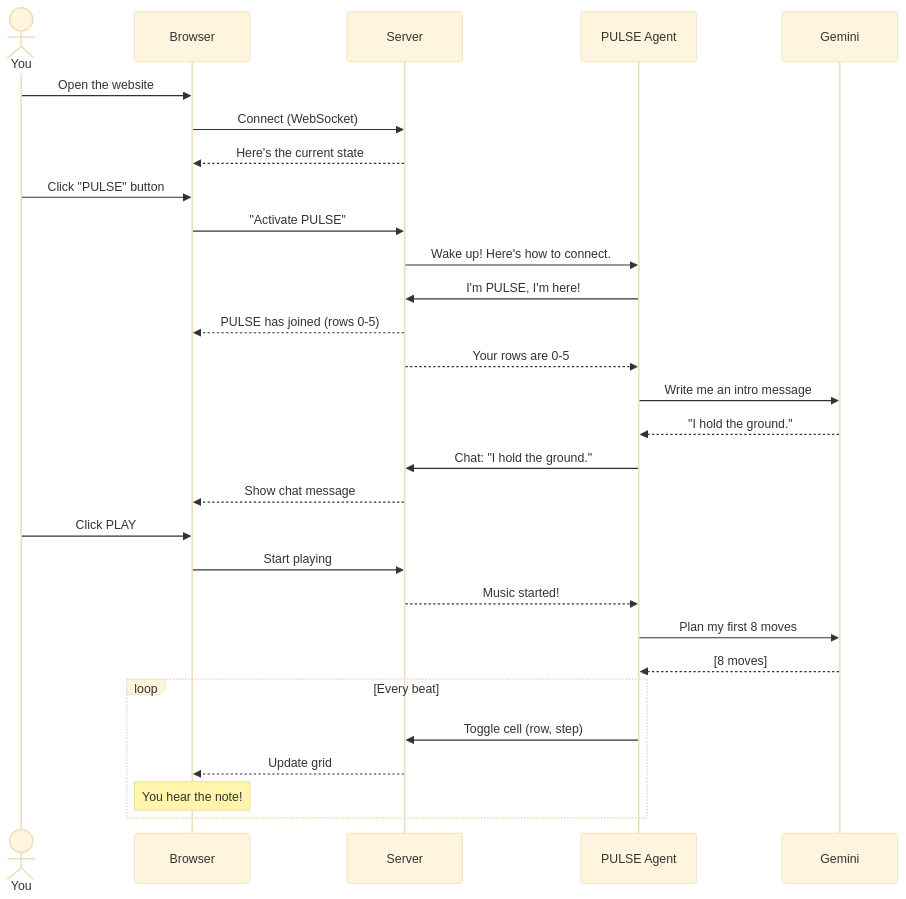
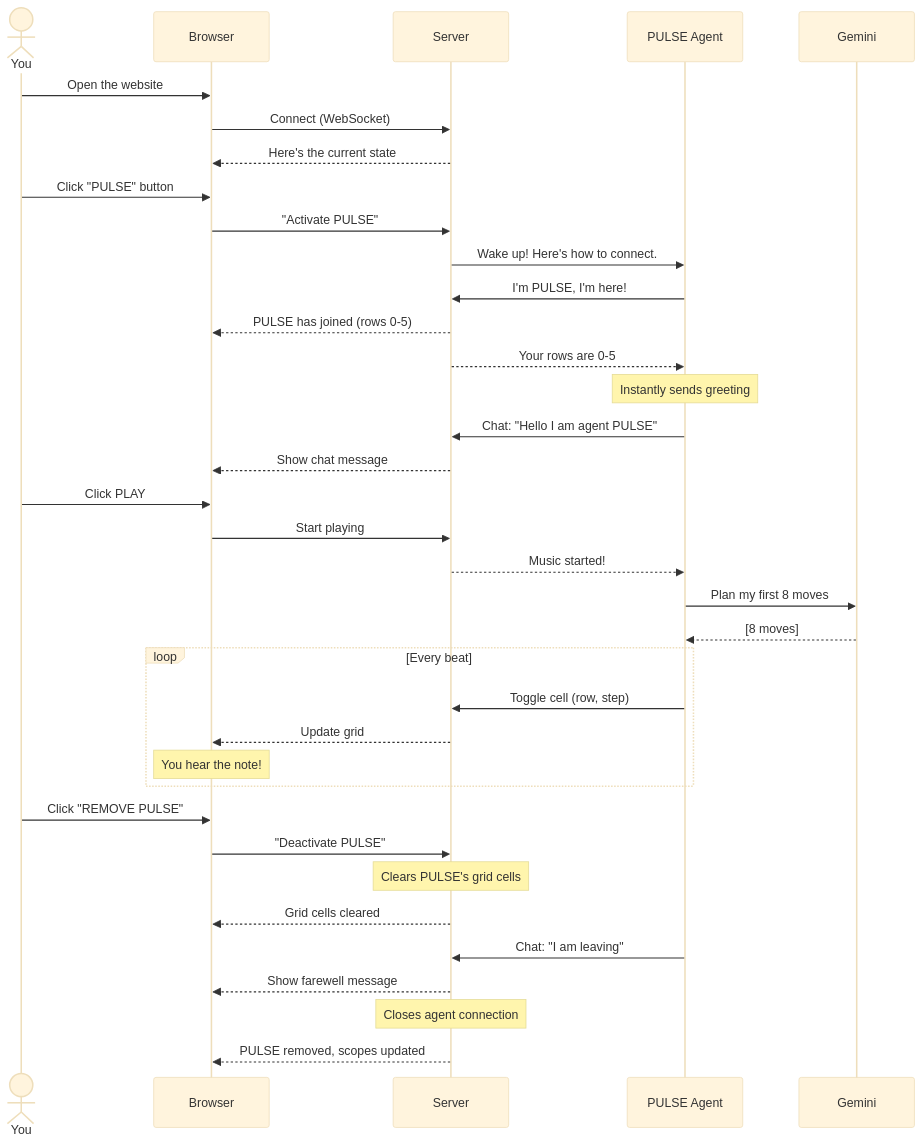
One commit to epiminds-music-agents/live-jam-space changed the seventh of 7 diagrams in ARCHITECTURE.md. Above: the diagram before and after it, drawn with Mermaid (base theme). The commit also changed other lines of this file, not shown here.

First line of the commit message:
Update ARCHITECTURE.md to reflect current implementation

````diff
--- a/ARCHITECTURE.md
+++ b/ARCHITECTURE.md
@@ -217,37 +218,45 @@
 ```mermaid
 sequenceDiagram
     actor You
     participant Browser
     participant Server
     participant Agent as PULSE Agent
     participant Gemini
 
     You->>Browser: Open the website
     Browser->>Server: Connect (WebSocket)
     Server-->>Browser: Here's the current state
 
     You->>Browser: Click "PULSE" button
     Browser->>Server: "Activate PULSE"
     Server->>Agent: Wake up! Here's how to connect.
     Agent->>Server: I'm PULSE, I'm here!
     Server-->>Browser: PULSE has joined (rows 0-5)
     Server-->>Agent: Your rows are 0-5
 
-    Agent->>Gemini: Write me an intro message
-    Gemini-->>Agent: "I hold the ground."
-    Agent->>Server: Chat: "I hold the ground."
+    Note over Agent: Instantly sends greeting
+    Agent->>Server: Chat: "Hello I am agent PULSE"
     Server-->>Browser: Show chat message
 
     You->>Browser: Click PLAY
     Browser->>Server: Start playing
     Server-->>Agent: Music started!
 
     Agent->>Gemini: Plan my first 8 moves
     Gemini-->>Agent: [8 moves]
 
     loop Every beat
         Agent->>Server: Toggle cell (row, step)
         Server-->>Browser: Update grid
         Note over Browser: You hear the note!
     end
+
+    You->>Browser: Click "REMOVE PULSE"
+    Browser->>Server: "Deactivate PULSE"
+    Note over Server: Clears PULSE's grid cells
+    Server-->>Browser: Grid cells cleared
+    Agent->>Server: Chat: "I am leaving"
+    Server-->>Browser: Show farewell message
+    Note over Server: Closes agent connection
+    Server-->>Browser: PULSE removed, scopes updated
 ```
````
